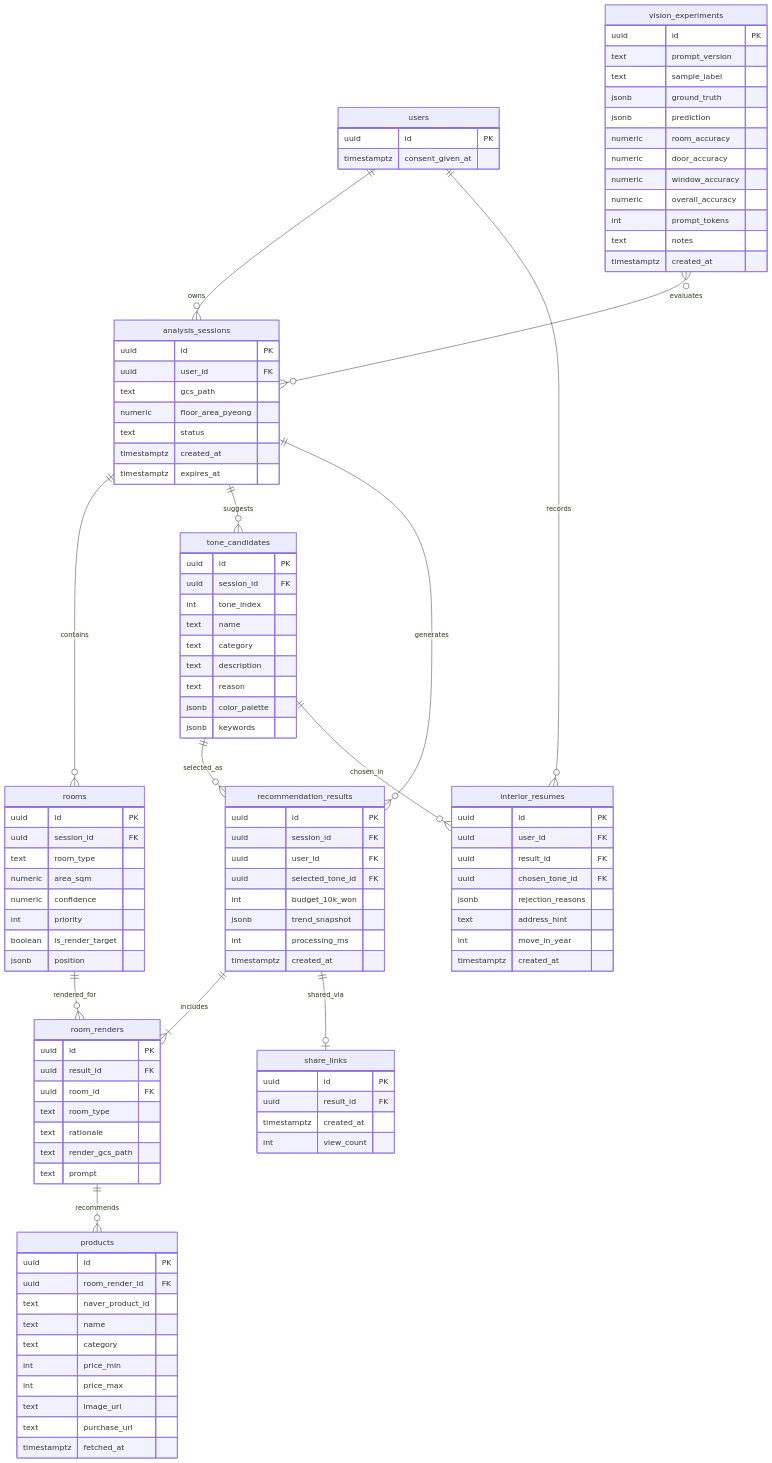
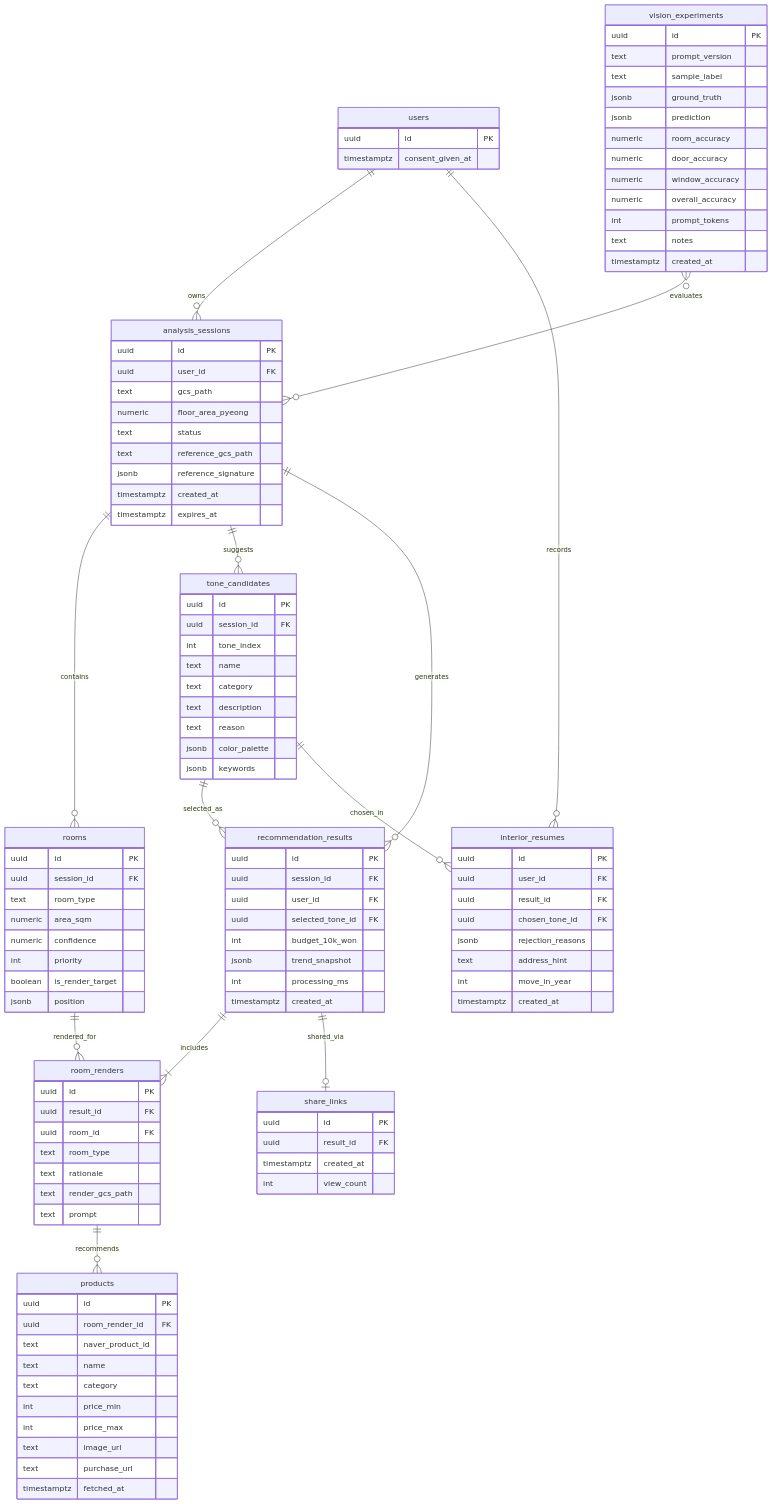
One commit to Jake-seongsoo/2026_KDT_Interior changed the first of 4 diagrams in docs/데이터_모델.md. Above: the diagram before and after it, drawn with Mermaid. The commit also changed other lines of this file and 4 other files, not shown here.

```diff
--- a/docs/데이터_모델.md
+++ b/docs/데이터_모델.md
@@ -37,6 +37,8 @@
     text gcs_path
     numeric floor_area_pyeong
     text status
+    text reference_gcs_path
+    jsonb reference_signature
     timestamptz created_at
     timestamptz expires_at
   }
```
